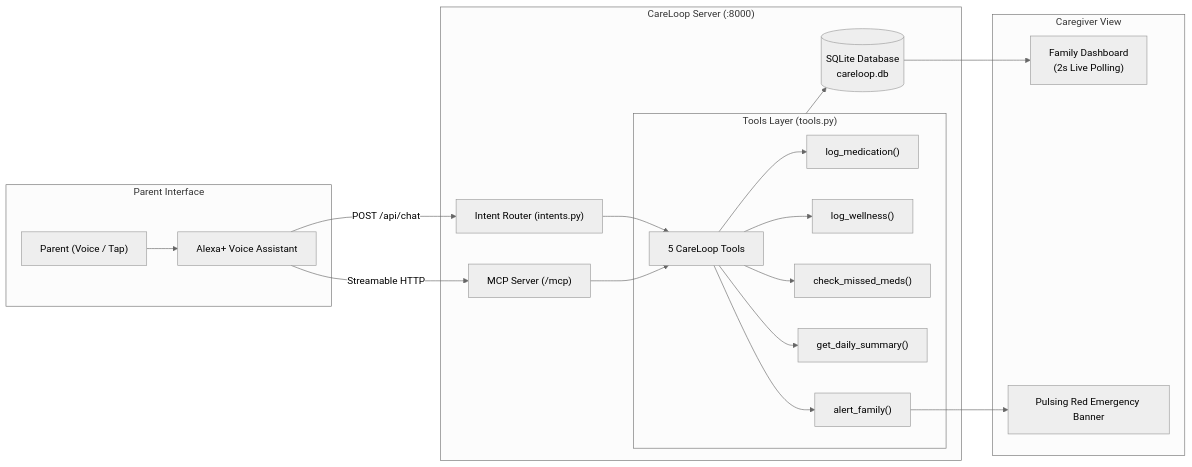
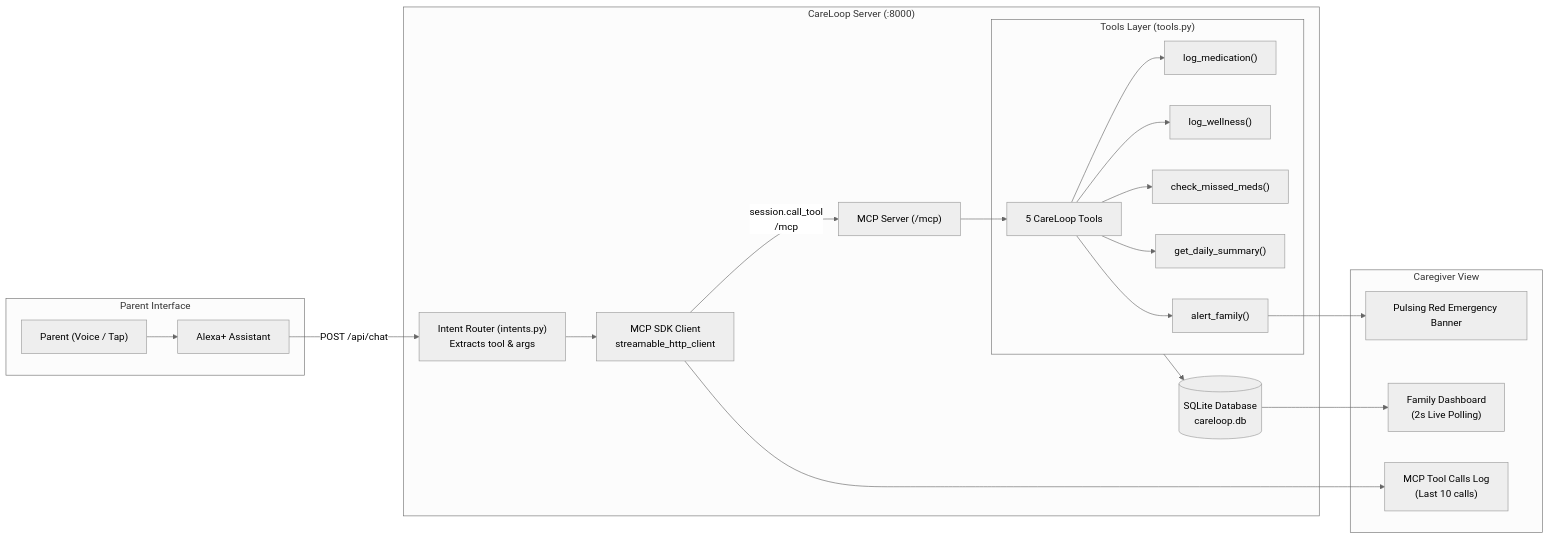
The diagram in README.md (shikhon-rahaman/careloop), drawn with Mermaid (neutral theme) before and after one commit. The commit also changed other lines of this file and 4 other files, not shown here.

Commit message:
feat: route /api/chat through official MCP SDK client over Streamable HTTP and add MCP log panel

````diff
--- a/README.md
+++ b/README.md
@@ -33,28 +33,29 @@
 ```mermaid
 flowchart LR
     subgraph Senior["Parent Interface"]
-        Parent["Parent (Voice / Tap)"] --> AlexaSim["Alexa+ Voice Assistant"]
+        Parent["Parent (Voice / Tap)"] --> AlexaSim["Alexa+ Assistant"]
     end
 
     subgraph CoreServer["CareLoop Server (:8000)"]
-        AlexaSim -->|Streamable HTTP| MCP["MCP Server (/mcp)"]
-        AlexaSim -->|POST /api/chat| IntentRouter["Intent Router (intents.py)"]
-        IntentRouter --> MCPTools["5 CareLoop Tools"]
-        MCP --> MCPTools
+        AlexaSim -->|POST /api/chat| IntentRouter["Intent Router (intents.py)<br/>Extracts tool & args"]
+        IntentRouter --> MCPClient["MCP SDK Client<br/>streamable_http_client"]
+        MCPClient -->|session.call_tool\n/mcp| MCP["MCP Server (/mcp)"]
+        MCP --> MCPTools["5 CareLoop Tools"]
 
         subgraph Tools["Tools Layer (tools.py)"]
             MCPTools --> T1["log_medication()"]
             MCPTools --> T2["log_wellness()"]
             MCPTools --> T3["check_missed_meds()"]
             MCPTools --> T4["get_daily_summary()"]
             MCPTools --> T5["alert_family()"]
         end
 
         Tools --> DB[(SQLite Database<br/>careloop.db)]
     end
 
     subgraph Family["Caregiver View"]
         DB --> Dashboard["Family Dashboard<br/>(2s Live Polling)"]
+        MCPClient --> MCPLog["MCP Tool Calls Log<br/>(Last 10 calls)"]
         T5 --> AlertBanner["Pulsing Red Emergency Banner"]
     end
 ```
````
